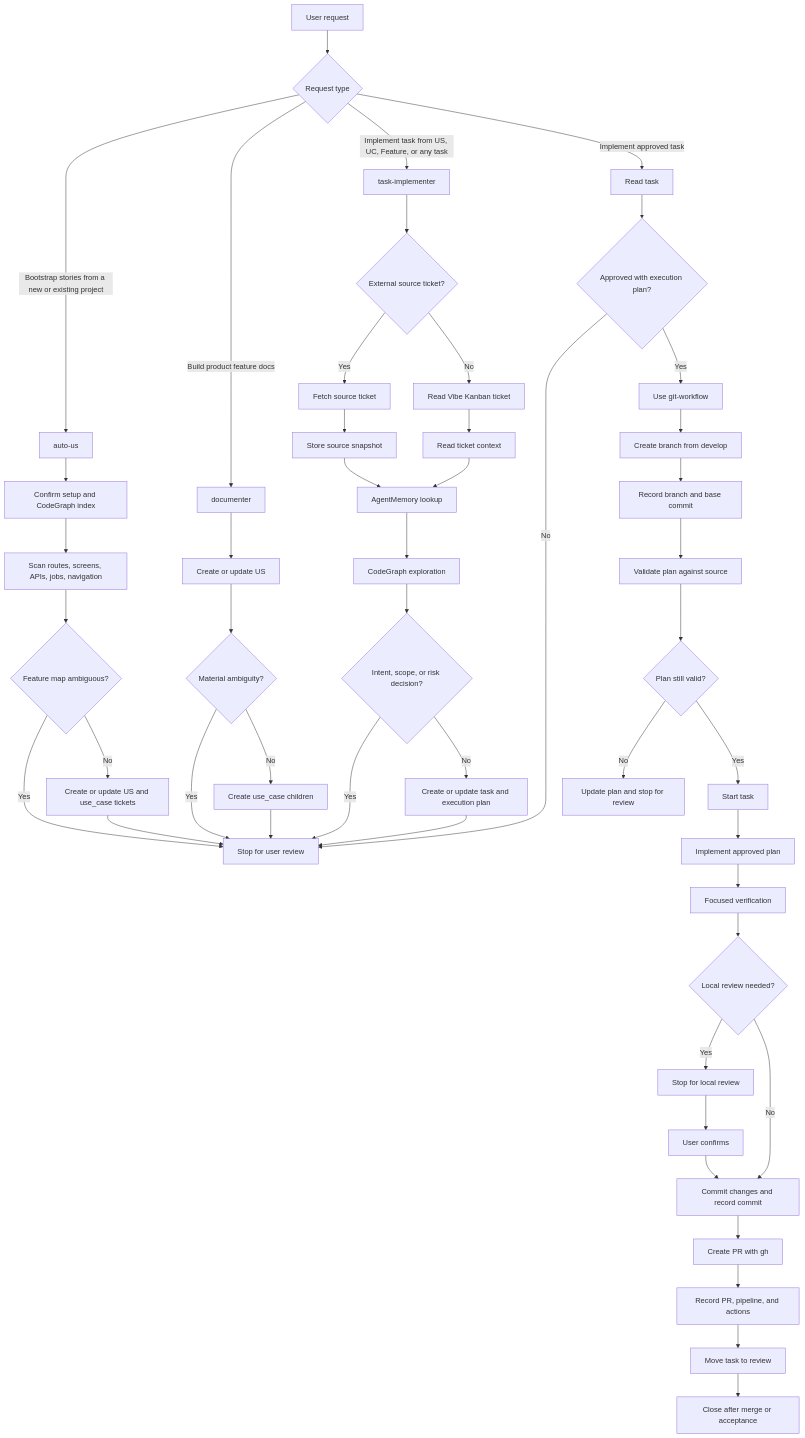
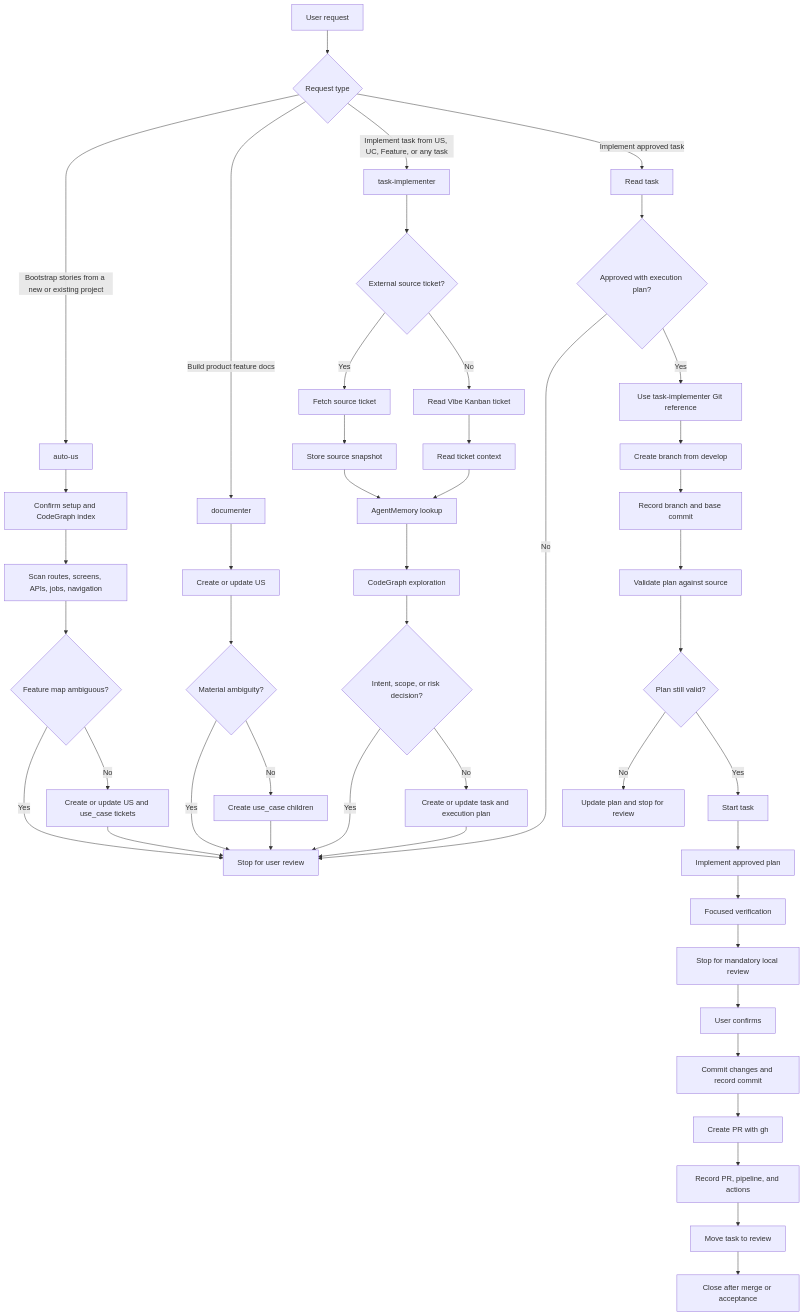
One commit to duongtrungnguyenrc/agent-workspace changed the diagram in README.md. Above: the diagram before and after it, drawn with Mermaid. The commit also changed other lines of this file and 12 other files, not shown here.

````diff
--- a/README.md
+++ b/README.md
@@ -84,55 +84,53 @@
 ```mermaid
 flowchart TD
     A[User request] --> B{Request type}
 
     B -->|Bootstrap stories from a new or existing project| AU[auto-us]
     AU --> AU1[Confirm setup and CodeGraph index]
     AU1 --> AU2[Scan routes, screens, APIs, jobs, navigation]
     AU2 --> AUQ{Feature map ambiguous?}
     AUQ -->|Yes| F[Stop for user review]
     AUQ -->|No| AU3[Create or update US and use_case tickets]
     AU3 --> F
 
     B -->|Build product feature docs| C[documenter]
     C --> D[Create or update US]
     D --> DQ{Material ambiguity?}
     DQ -->|Yes| F
     DQ -->|No| E[Create use_case children]
     E --> F
 
     B -->|Implement task from US, UC, Feature, or any task | G[task-implementer]
     G --> H{External source ticket?}
     H -->|Yes| I[Fetch source ticket]
     H -->|No| J[Read Vibe Kanban ticket]
     I --> K[Store source snapshot]
     J --> L[Read ticket context]
     K --> M[AgentMemory lookup]
     L --> M
     M --> N[CodeGraph exploration]
     N --> NQ{Intent, scope, or risk decision?}
     NQ -->|Yes| F
     NQ -->|No| O[Create or update task and execution plan]
     O --> F
 
     B -->|Implement approved task| P[Read task]
     P --> Q{Approved with execution plan?}
     Q -->|No| F
-    Q -->|Yes| R[Use git-workflow]
+      Q -->|Yes| R[Use task-implementer Git reference]
     R --> S[Create branch from develop]
     S --> T[Record branch and base commit]
     T --> U[Validate plan against source]
     U --> V{Plan still valid?}
     V -->|No| W[Update plan and stop for review]
     V -->|Yes| X[Start task]
     X --> Y[Implement approved plan]
     Y --> AA[Focused verification]
-    AA --> AB{Local review needed?}
-    AB -->|Yes| AC[Stop for local review]
-    AC --> AD[User confirms]
-    AB -->|No| AE[Commit changes and record commit]
-    AD --> AE
-    AE --> AF[Create PR with gh]
-    AF --> AG[Record PR, pipeline, and actions]
-    AG --> AH[Move task to review]
-    AH --> AJ[Close after merge or acceptance]
+      AA --> AB[Stop for mandatory local review]
+      AB --> AC[User confirms]
+      AC --> AD[Commit changes and record commit]
+      AD --> AE[Create PR with gh]
+      AE --> AF[Record PR, pipeline, and actions]
+      AF --> AG[Move task to review]
+      AG --> AH[Close after merge or acceptance]
 ```
````
